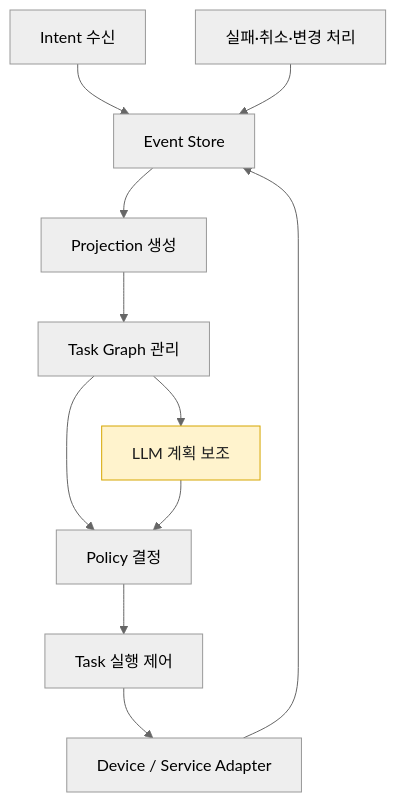
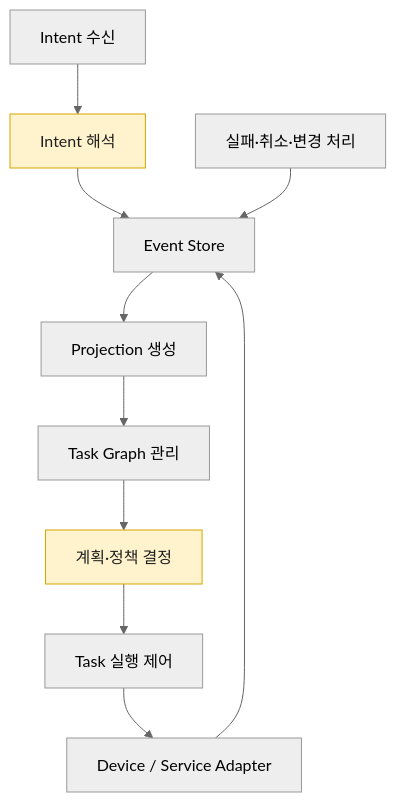
One commit to Sunwoo-Nam/architect-teamproject changed the third of 4 diagrams in docs/DP 후보안/DP11-Intent 실행 흐름의 상태 모델링 및 변경·복구 범위 관리 방식.md. Above: the diagram before and after it, drawn with Mermaid (neutral theme). The commit also changed other lines of this file, not shown here.

Commit message:
Clarify DP11 intent state modeling and projection

````diff
--- a/docs/DP 후보안/DP11-Intent 실행 흐름의 상태 모델링 및 변경·복구 범위 관리 방식.md
+++ b/docs/DP 후보안/DP11-Intent 실행 흐름의 상태 모델링 및 변경·복구 범위 관리 방식.md
@@ -73,18 +89,17 @@
 ```mermaid
 flowchart TB
     classDef llm fill:#fff3cd,stroke:#d6a600,color:#1f1f1f
 
-    A["Intent 수신"] --> B["Event Store"]
+    A["Intent 수신"] --> X["Intent 해석"]
+    X --> B["Event Store"]
     B --> C["Projection 생성"]
     C --> D["Task Graph 관리"]
-    D --> E["LLM 계획 보조"]
-    D --> F["Policy 결정"]
-    E --> F
+    D --> F["계획·정책 결정"]
     F --> G["Task 실행 제어"]
     G --> H["Device / Service Adapter"]
     H --> B
 
     I["실패·취소·변경 처리"] --> B
 
-    class E llm
+    class X,F llm
 ```
````
